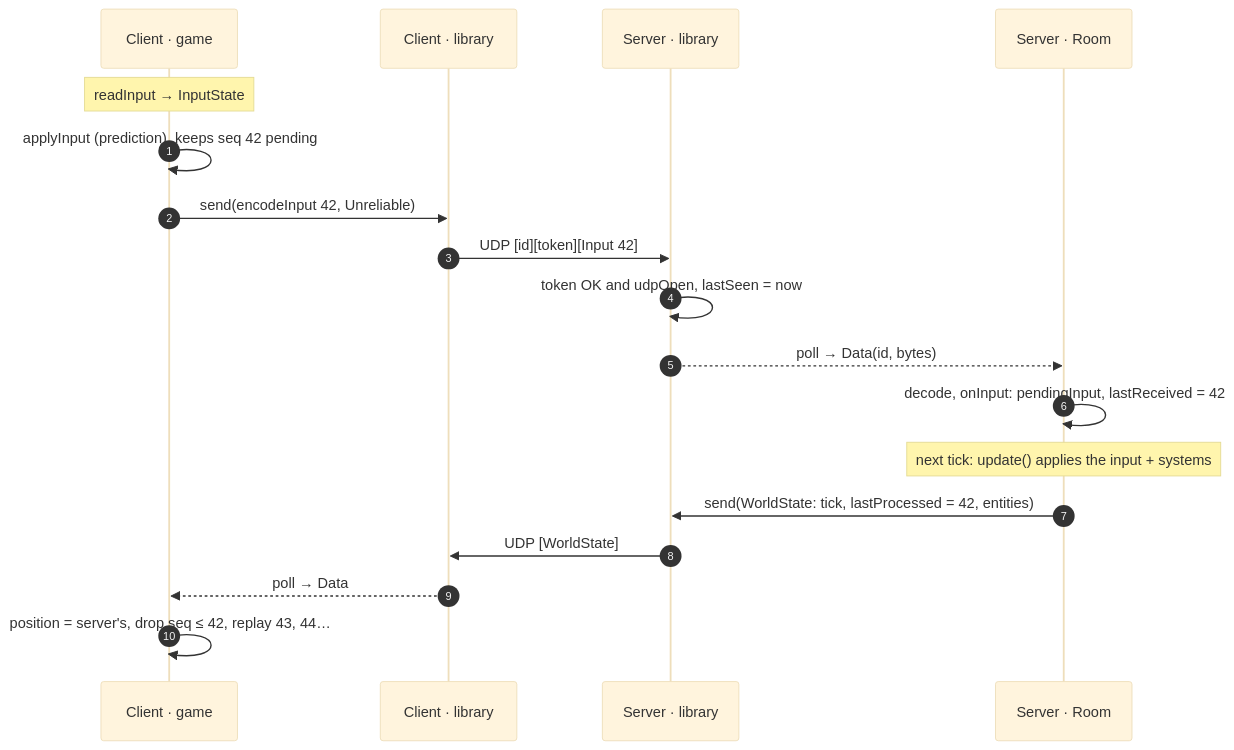
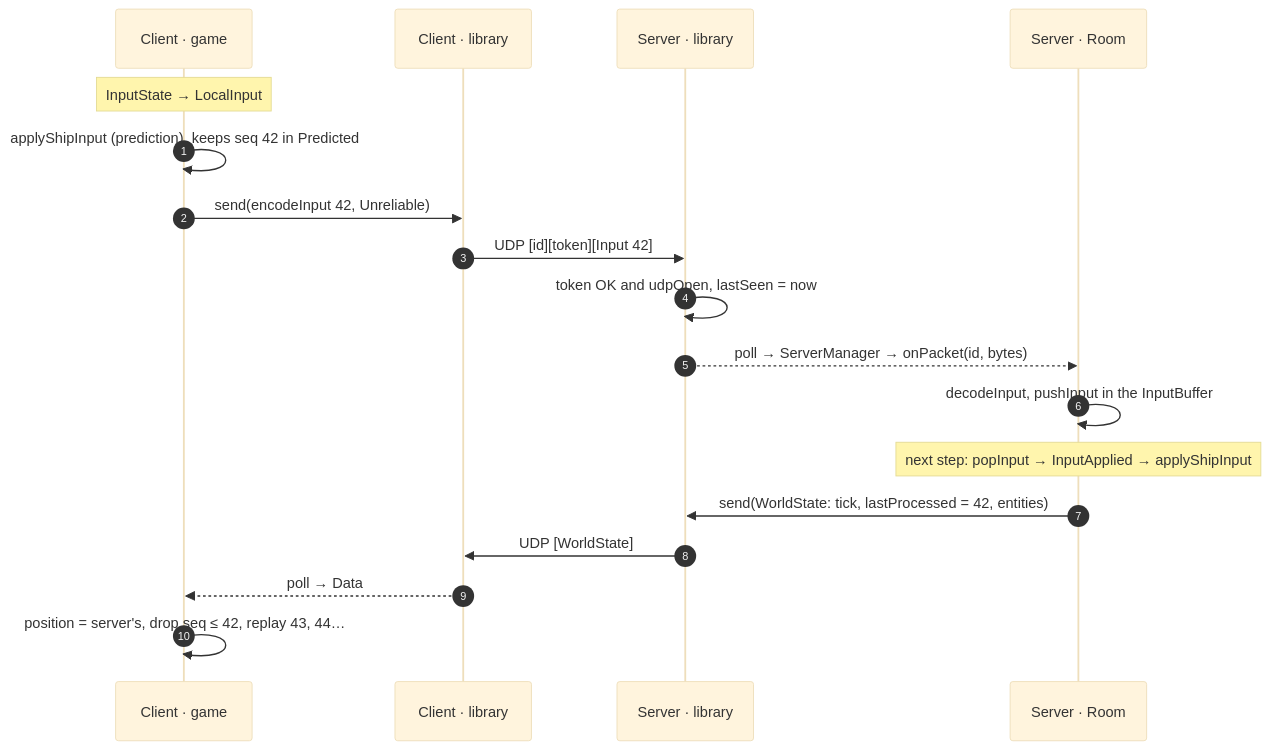
The second of 4 diagrams in docs/architecture/client-server.md (Matt4401/Mirror-Rtype), drawn with Mermaid (base theme) before and after one commit. The commit also changed other lines of this file and 11 other files, not shown here.

````diff
--- a/docs/architecture/client-server.md
+++ b/docs/architecture/client-server.md
@@ -188,20 +186,20 @@
 ```mermaid
 sequenceDiagram
     autonumber
     participant CJ as Client · game
     participant CL as Client · library
     participant SL as Server · library
     participant SJ as Server · Room
-    Note over CJ: readInput → InputState
-    CJ ->> CJ: applyInput (prediction), keeps seq 42 pending
+    Note over CJ: InputState → LocalInput
+    CJ ->> CJ: applyShipInput (prediction), keeps seq 42 in Predicted
     CJ ->> CL: send(encodeInput 42, Unreliable)
     CL ->> SL: UDP [id][token][Input 42]
     SL ->> SL: token OK and udpOpen, lastSeen = now
-    SL -->> SJ: poll → Data(id, bytes)
-    SJ ->> SJ: decode, onInput: pendingInput, lastReceived = 42
-    Note over SJ: next tick: update() applies the input + systems
+    SL -->> SJ: poll → ServerManager → onPacket(id, bytes)
+    SJ ->> SJ: decodeInput, pushInput in the InputBuffer
+    Note over SJ: next step: popInput → InputApplied → applyShipInput
     SJ ->> SL: send(WorldState: tick, lastProcessed = 42, entities)
     SL ->> CL: UDP [WorldState]
     CL -->> CJ: poll → Data
     CJ ->> CJ: position = server's, drop seq ≤ 42, replay 43, 44…
 ```
````
